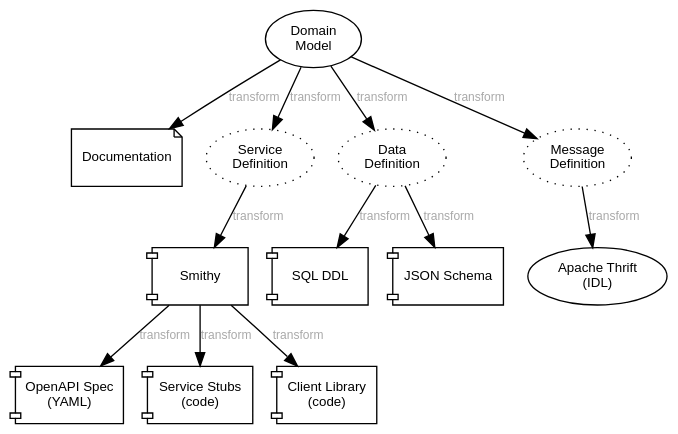
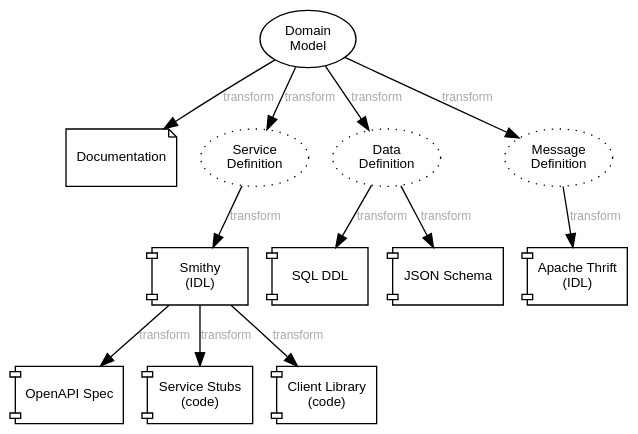
The fifth of 5 diagrams in docs/introduction.org (sdm-lang/tree-sitter-sdml), drawn with Graphviz before and after one commit. The commit also changed other lines of this file and 5 other files, not shown here.

```diff
--- a/docs/introduction.org
+++ b/docs/introduction.org
@@ -326,44 +369,44 @@
 #+BEGIN_SRC dot :file example-transform.svg :exports results
 digraph G {
   bgcolor="transparent";
   rankdir="TD";
   fontname="Helvetica,Arial,sans-serif";
   node [fontname="Helvetica,Arial,sans-serif"; fontsize=10; width=1.0; height=0.6];
   edge [fontname="Helvetica,Arial,sans-serif"; fontsize=9; fontcolor="darkgrey"];
 
   domain [shape="ellipse"; label="Domain\nModel"];
 
   docs [shape="note"; label="Documentation"];
   domain -> docs [label="transform"];
 
   service [shape="ellipse"; label="Service\nDefinition"; style=dotted;];
   domain -> service [label="transform"];
 
-  smithy [shape="component"; label="Smithy"];
+  smithy [shape="component"; label="Smithy\n(IDL)"];
   service -> smithy [label="transform"];
   
-  oas [shape="component"; label="OpenAPI Spec\n(YAML)"];
+  oas [shape="component"; label="OpenAPI Spec"];
   smithy -> oas [label="transform"];
 
   stubs [shape="component"; label="Service Stubs\n(code)"];
   smithy -> stubs [label="transform"];
 
   client [shape="component"; label="Client Library\n(code)"];
   smithy -> client [label="transform"];
 
   data [shape="ellipse"; label="Data\nDefinition"; style=dotted;];
   domain -> data [label="transform"];
 
   dbsql [shape="component"; label="SQL DDL"]; 
   data -> dbsql [label="transform"];
 
   dbjson [shape="component"; label="JSON Schema"];
   data -> dbjson [label="transform"];
   
   message [shape="ellipse"; label="Message\nDefinition"; style=dotted;];
   domain -> message [label="transform"];
 
-  thrift [shape="ellipse"; label="Apache Thrift\n(IDL)"];
+  thrift [shape="component"; label="Apache Thrift\n(IDL)"];
   message -> thrift [label="transform"];
 }
 #+END_SRC
```
